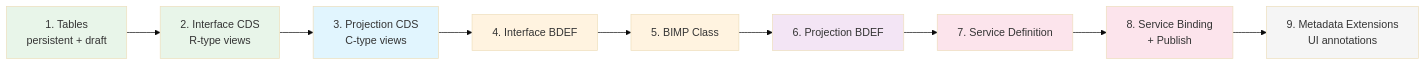
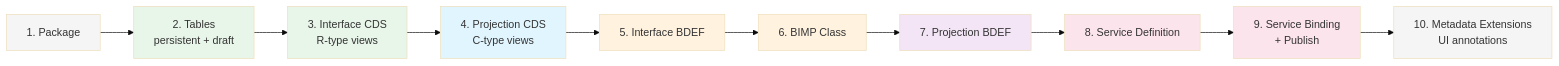
Before and after one commit to fr0ster/cloud-llm-hub: the fourth of 10 diagrams in docs/tutorials/rap-bo-creation.md, drawn with Mermaid (base theme). The commit also changed other lines of this file, not shown here.

First line of the commit message:
docs: tutorial — add TEST_ package prefix, domains, data elements

````diff
--- a/docs/tutorials/rap-bo-creation.md
+++ b/docs/tutorials/rap-bo-creation.md
@@ -183,21 +188,23 @@
 ```mermaid
 flowchart LR
-    A[1. Tables<br/>persistent + draft] --> B[2. Interface CDS<br/>R-type views]
-    B --> C[3. Projection CDS<br/>C-type views]
-    C --> D[4. Interface BDEF]
-    D --> E[5. BIMP Class]
-    E --> F[6. Projection BDEF]
-    F --> G[7. Service Definition]
-    G --> H[8. Service Binding<br/>+ Publish]
-    H --> I[9. Metadata Extensions<br/>UI annotations]
+    P[1. Package] --> A[2. Tables<br/>persistent + draft]
+    A --> B[3. Interface CDS<br/>R-type views]
+    B --> C[4. Projection CDS<br/>C-type views]
+    C --> D[5. Interface BDEF]
+    D --> E[6. BIMP Class]
+    E --> F[7. Projection BDEF]
+    F --> G[8. Service Definition]
+    G --> H[9. Service Binding<br/>+ Publish]
+    H --> I[10. Metadata Extensions<br/>UI annotations]
 
+    style P fill:#f5f5f5
     style A fill:#e8f5e9
     style B fill:#e8f5e9
     style C fill:#e1f5fe
     style D fill:#fff3e0
     style E fill:#fff3e0
     style F fill:#f3e5f5
     style G fill:#fce4ec
     style H fill:#fce4ec
     style I fill:#f5f5f5
 ```
````
